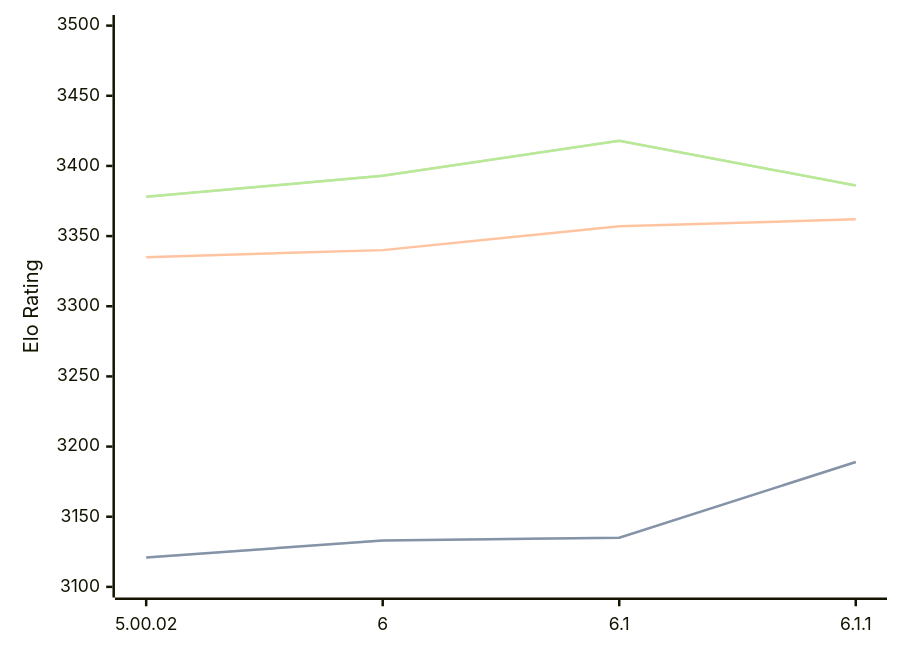
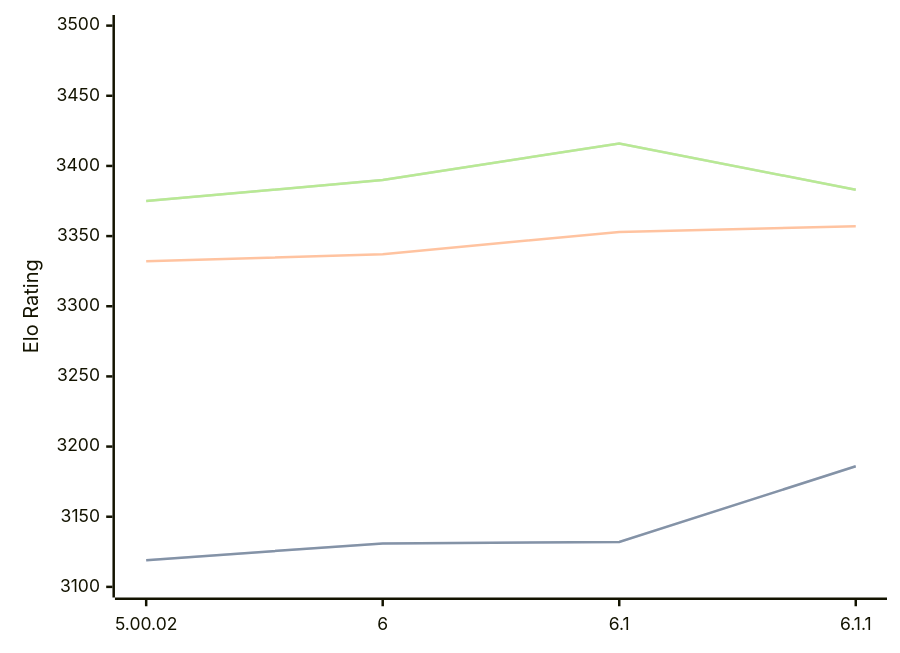
Before and after one commit to computer-chess-index/cci: the diagram in engines/Zangdar.md, drawn with Mermaid. The commit also changed other lines of this file, not shown here.

Commit message:
Update CCI Ratings (ELO VLTC) - 2026-06-08

````diff
--- a/engines/Zangdar.md
+++ b/engines/Zangdar.md
@@ -46,11 +46,11 @@
 ```mermaid
 %%{init: {"theme":"base","themeVariables":{"seriesColors:['#a3a3a3','#222221','#faa371']}}}%%
 xychart-beta
   x-axis ["5.00.02", "6", "6.1", "6.1.1"]
   y-axis "Elo Rating" 3100 --> 3500
-  line "STC (8.0+0.08s)" [3121, 3133, 3135, 3189]
-  line "STC (8.0+0.08s)" [3121, 3133, 3135, 3189]
-  line "LTC (60.0+0.60s)" [3335, 3340, 3357, 3362]
-  line "VLTC (2m24s+1.12s)" [3378, 3393, 3418, 3386]
-  line "VLTC (2m24s+1.12s)" [3378, 3393, 3418, 3386]
+  line "STC (8.0+0.08s)" [3119, 3131, 3132, 3186]
+  line "STC (8.0+0.08s)" [3119, 3131, 3132, 3186]
+  line "LTC (60.0+0.60s)" [3332, 3337, 3353, 3357]
+  line "VLTC (2m24s+1.12s)" [3375, 3390, 3416, 3383]
+  line "VLTC (2m24s+1.12s)" [3375, 3390, 3416, 3383]
 ```
````
